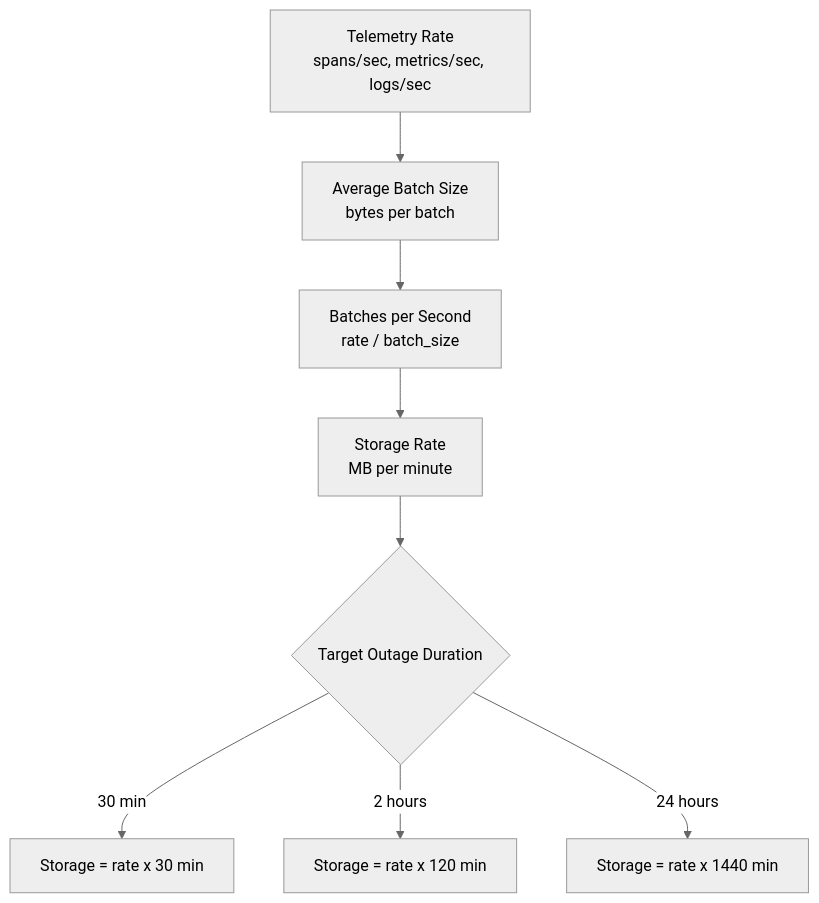
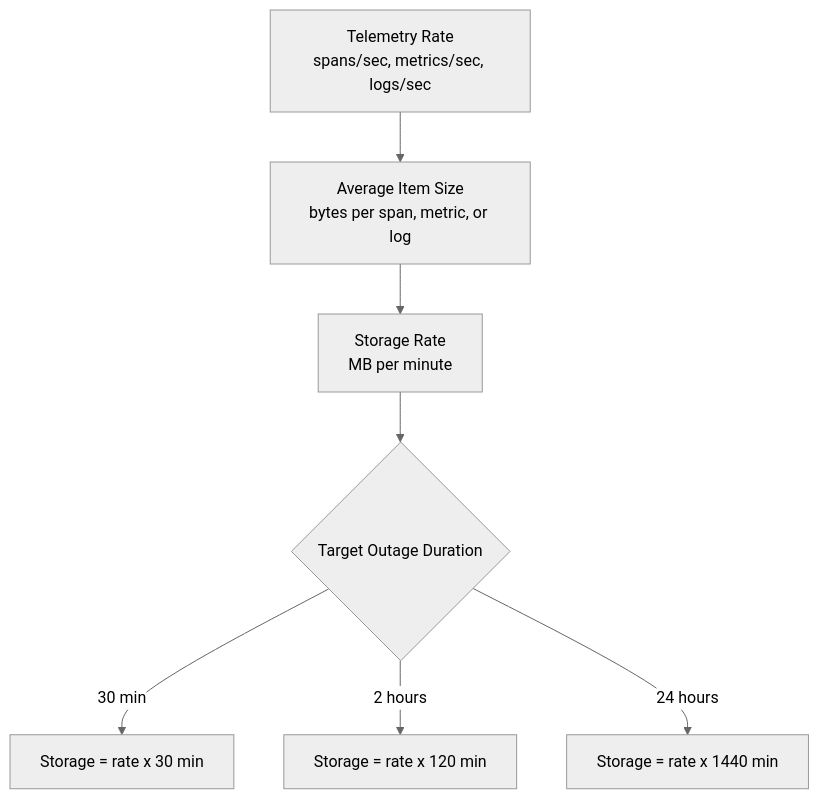
The third of 3 diagrams in posts/2026-02-06-persistent-storage-opentelemetry-collector-queues/README.md (OneUptime/blog), drawn with Mermaid (neutral theme) before and after one commit. The commit also changed other lines of this file and 2 other files, not shown here.

Commit message:
validate: 2026-02-06-persistent-storage-opentelemetry-collector-queues

````diff
--- a/posts/2026-02-06-persistent-storage-opentelemetry-collector-queues/README.md
+++ b/posts/2026-02-06-persistent-storage-opentelemetry-collector-queues/README.md
@@ -343,10 +350,9 @@
 ```mermaid
 flowchart TD
-    A[Telemetry Rate<br/>spans/sec, metrics/sec, logs/sec] --> B[Average Batch Size<br/>bytes per batch]
-    B --> C[Batches per Second<br/>rate / batch_size]
-    C --> D[Storage Rate<br/>MB per minute]
-    D --> E{Target Outage Duration}
-    E -->|30 min| F[Storage = rate x 30 min]
-    E -->|2 hours| G[Storage = rate x 120 min]
-    E -->|24 hours| H[Storage = rate x 1440 min]
+    A[Telemetry Rate<br/>spans/sec, metrics/sec, logs/sec] --> B[Average Item Size<br/>bytes per span, metric, or log]
+    B --> C[Storage Rate<br/>MB per minute]
+    C --> D{Target Outage Duration}
+    D -->|30 min| E[Storage = rate x 30 min]
+    D -->|2 hours| F[Storage = rate x 120 min]
+    D -->|24 hours| G[Storage = rate x 1440 min]
 ```
````
